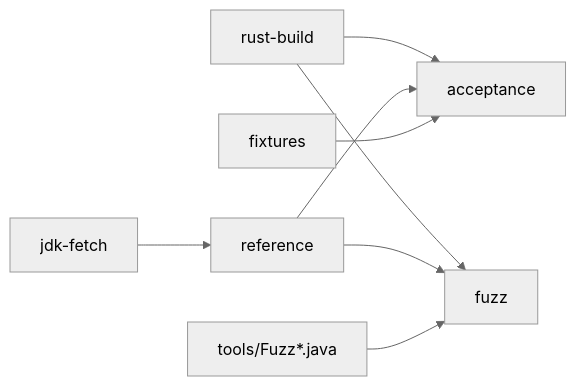
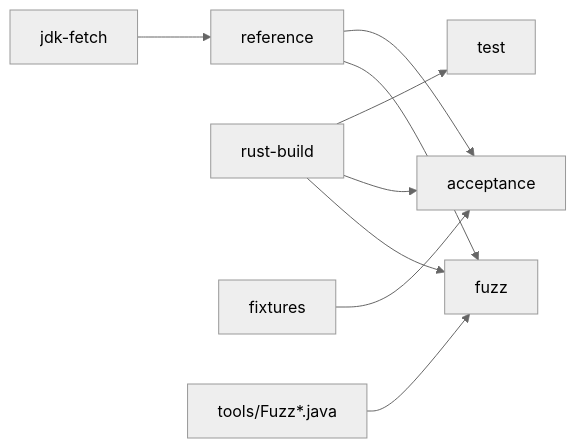
One commit to VitorNathanG/njavac changed the diagram in docs/src/tooling/docker-and-ci.md. Above: the diagram before and after it, drawn with Mermaid (neutral theme). The commit also changed other lines of this file and 27 other files, not shown here.

````diff
--- a/docs/src/tooling/docker-and-ci.md
+++ b/docs/src/tooling/docker-and-ci.md
@@ -11,10 +12,11 @@
 ```mermaid
 flowchart LR
     Fetch[jdk-fetch] --> Reference[reference]
+    Rust[rust-build] --> Tests[test]
     Rust[rust-build] --> Acceptance[acceptance]
     Rust --> Fuzz[fuzz]
     Reference --> Acceptance
     Reference --> Fuzz
     Fixtures[fixtures] --> Acceptance
     Workers[tools/Fuzz*.java] --> Fuzz
 ```
````
